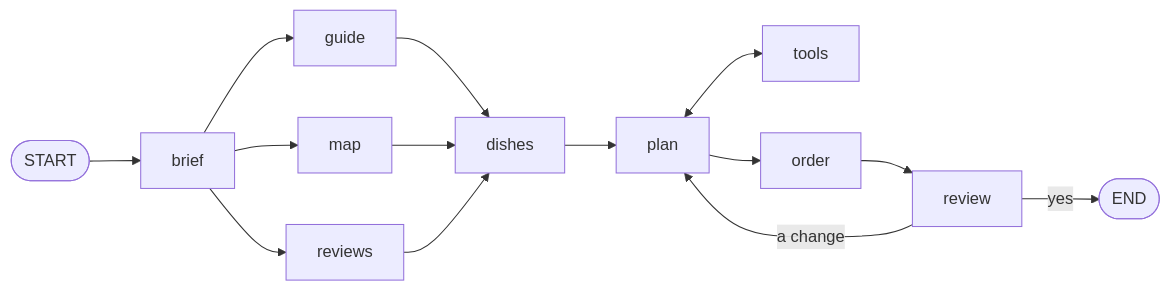
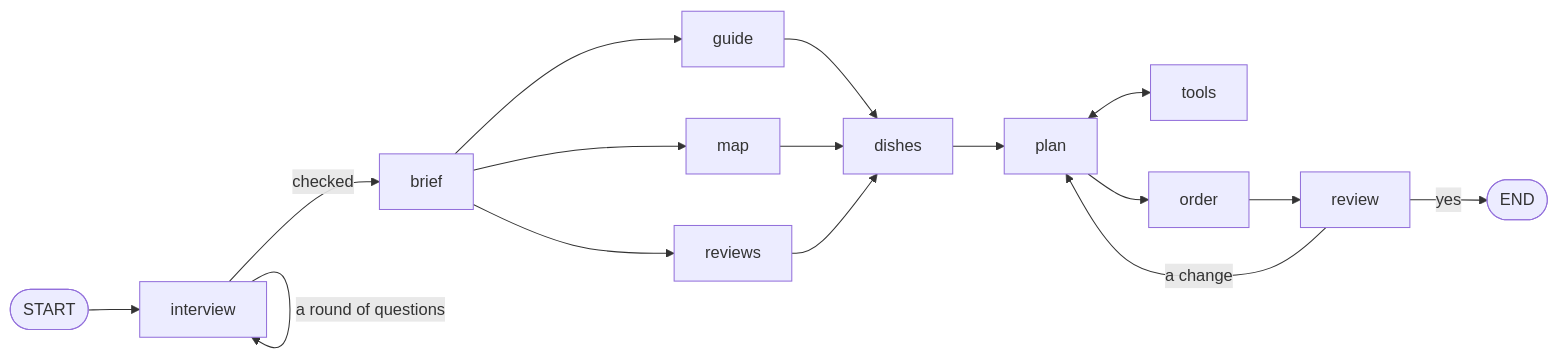
The diagram in README.md (deeptelar/telar-foodie), drawn with Mermaid before and after one commit. The commit also changed other lines of this file and 7 other files, not shown here.

````diff
--- a/README.md
+++ b/README.md
@@ -20,12 +21,14 @@
 ```mermaid
 flowchart LR
-    START([START]) --> brief
+    START([START]) --> interview
+    interview -- a round of questions --> interview
+    interview -- checked --> brief
     brief --> guide & map & reviews
     guide & map & reviews --> dishes
     dishes --> plan
     plan <--> tools
     plan --> order
     order --> review
     review -- a change --> plan
     review -- yes --> END([END])
 ```
````
